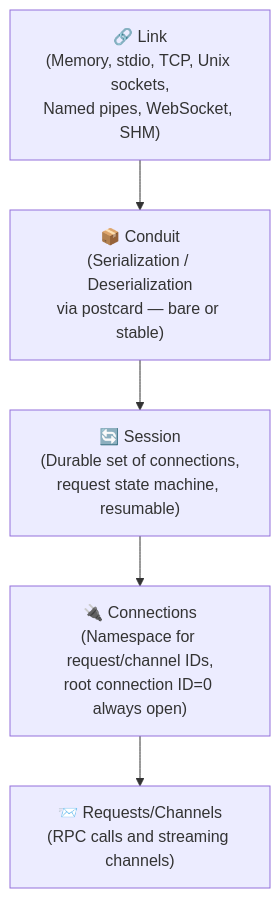
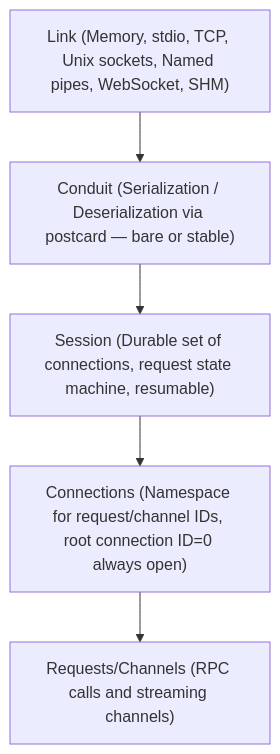
The diagram in docs/content/spec.md (bearcove/roam), drawn with Mermaid before and after one commit. The commit also changed other lines of this file and 2 other files, not shown here.

Commit message:
More hooman design

````diff
--- a/docs/content/spec.md
+++ b/docs/content/spec.md
@@ -90,10 +90,10 @@
 ```mermaid
 graph TD
-    A["🔗 Link\n(Memory, stdio, TCP, Unix sockets,\nNamed pipes, WebSocket, SHM)"]
-    B["📦 Conduit\n(Serialization / Deserialization\nvia postcard — bare or stable)"]
-    C["🔄 Session\n(Durable set of connections,\nrequest state machine, resumable)"]
-    D["🔌 Connections\n(Namespace for request/channel IDs,\nroot connection ID=0 always open)"]
-    E["📨 Requests/Channels\n(RPC calls and streaming channels)"]
+    A["Link (Memory, stdio, TCP, Unix sockets, Named pipes, WebSocket, SHM)"]
+    B["Conduit (Serialization / Deserialization via postcard — bare or stable)"]
+    C["Session (Durable set of connections, request state machine, resumable)"]
+    D["Connections (Namespace for request/channel IDs, root connection ID=0 always open)"]
+    E["Requests/Channels (RPC calls and streaming channels)"]
 
     A --> B --> C --> D --> E
 ```
````
